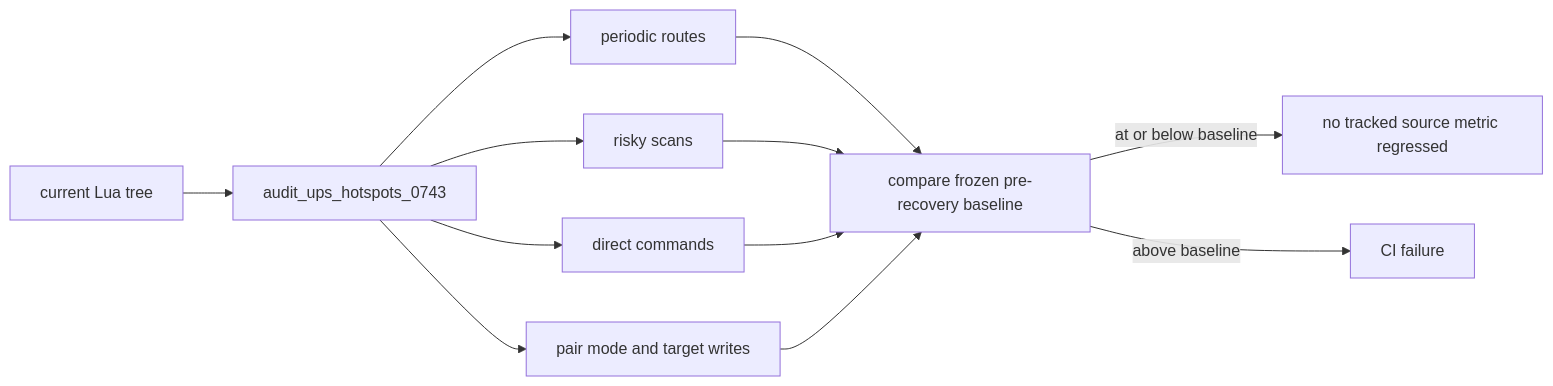
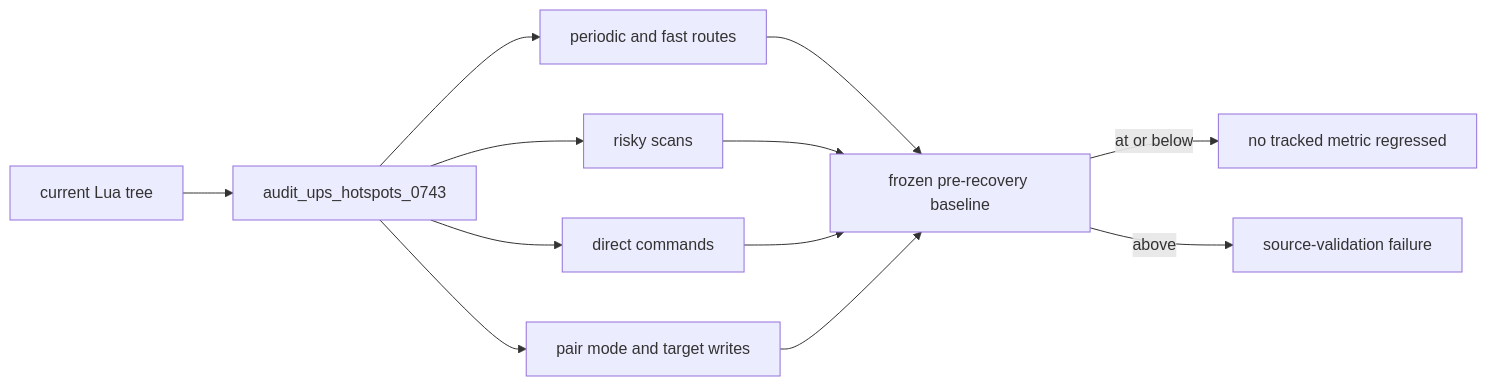
One commit to mrcalzon02/Tech-Priests changed diagram 11 of 15 in docs/RECOVERY_AUTHORITY_MAP_CURRENT.md. Above: the diagram before and after it, drawn with Mermaid. The commit also changed other lines of this file, not shown here.

Commit message:
Align current recovery authority map

````diff
--- a/docs/RECOVERY_AUTHORITY_MAP_CURRENT.md
+++ b/docs/RECOVERY_AUTHORITY_MAP_CURRENT.md
@@ -268,24 +293,20 @@
 ```mermaid
 flowchart LR
     Source[current Lua tree]
     Audit[audit_ups_hotspots_0743]
-    Routes[periodic routes]
+    Routes[periodic and fast routes]
     Scans[risky scans]
     Commands[direct commands]
     Writes[pair mode and target writes]
-    Compare[compare frozen pre-recovery baseline]
-    Pass[no tracked source metric regressed]
-    Fail[CI failure]
+    Compare[frozen pre-recovery baseline]
+    Pass[no tracked metric regressed]
+    Fail[source-validation failure]
 
     Source --> Audit
-    Audit --> Routes
-    Audit --> Scans
-    Audit --> Commands
-    Audit --> Writes
-    Routes --> Compare
-    Scans --> Compare
-    Commands --> Compare
-    Writes --> Compare
-    Compare -- at or below baseline --> Pass
-    Compare -- above baseline --> Fail
+    Audit --> Routes --> Compare
+    Audit --> Scans --> Compare
+    Audit --> Commands --> Compare
+    Audit --> Writes --> Compare
+    Compare -- at or below --> Pass
+    Compare -- above --> Fail
 ```
````
